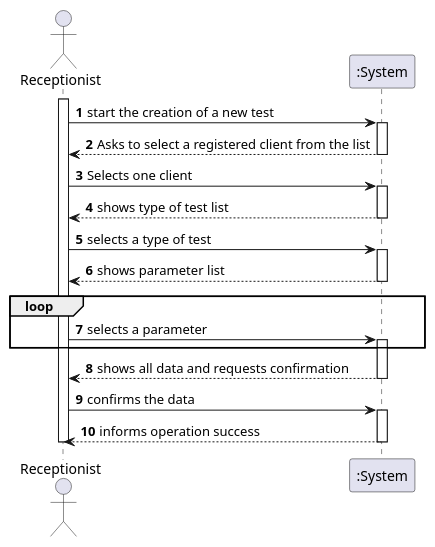
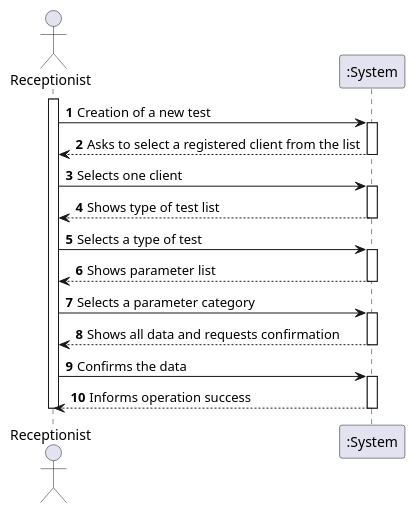
The diagram in docs/SprintC/US4/UC4_SSD.puml (GuilhermeCunha79/lapr2), drawn with PlantUML before and after one commit. The commit also changed 7 other files, not shown here.

```diff
--- a/docs/SprintC/US4/UC4_SSD.puml
+++ b/docs/SprintC/US4/UC4_SSD.puml
@@ -1,31 +1,31 @@
 @startuml
 autonumber
 actor "Receptionist" as RE
 
 activate RE
-RE -> ":System" : start the creation of a new test
+RE -> ":System" : Creation of a new test
 activate ":System"
 ":System" --> RE : Asks to select a registered client from the list
 deactivate ":System"
 RE -> ":System" : Selects one client
 activate ":System"
-":System" --> RE : shows type of test list
+":System" --> RE : Shows type of test list
 deactivate ":System"
-RE -> ":System" : selects a type of test
+RE -> ":System" : Selects a type of test
 activate ":System"
-":System" --> RE : shows parameter list
-loop
+":System" --> RE : Shows parameter list
+
 deactivate ":System"
-RE -> ":System" : selects a parameter
+RE -> ":System" : Selects a parameter category
 activate ":System"
-end
-":System" --> RE : shows all data and requests confirmation
+
+":System" --> RE : Shows all data and requests confirmation
 deactivate ":System"
-RE -> ":System" : confirms the data
+RE -> ":System" : Confirms the data
 activate ":System"
-":System" --> RE : informs operation success
+":System" --> RE : Informs operation success
 deactivate ":System"
 
 deactivate RE
 
 @enduml
```
